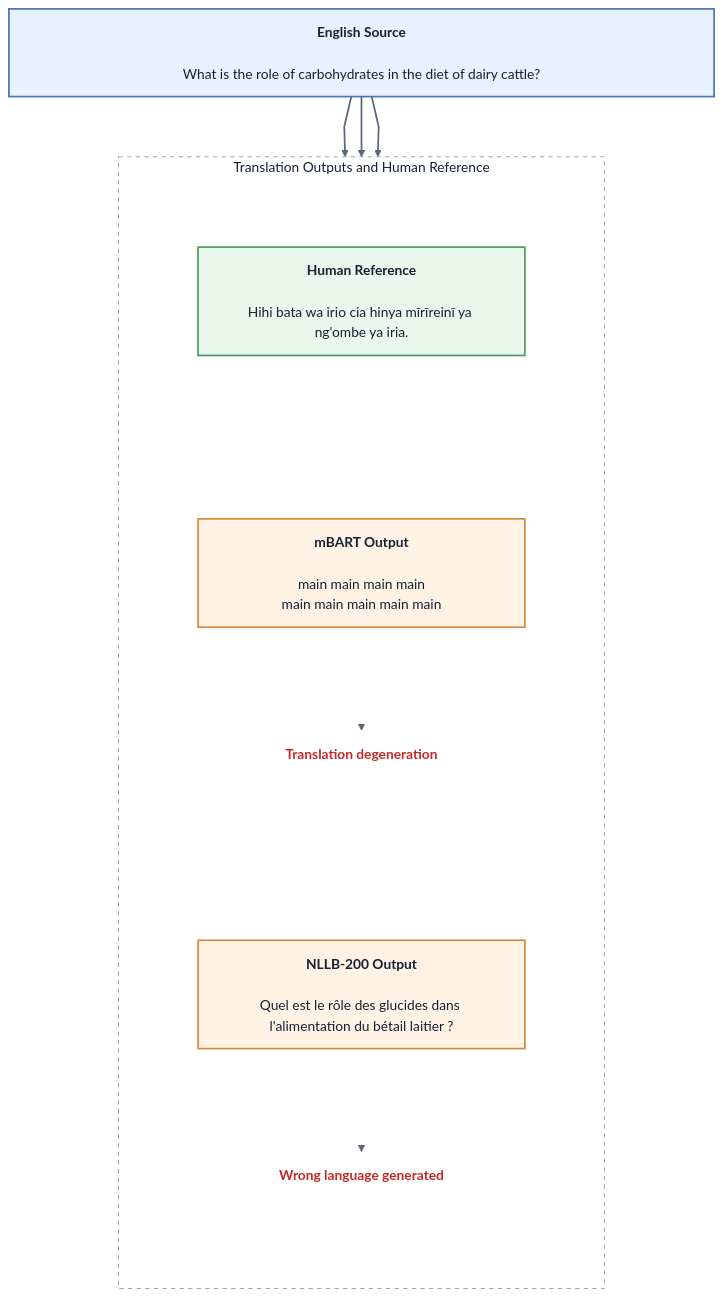
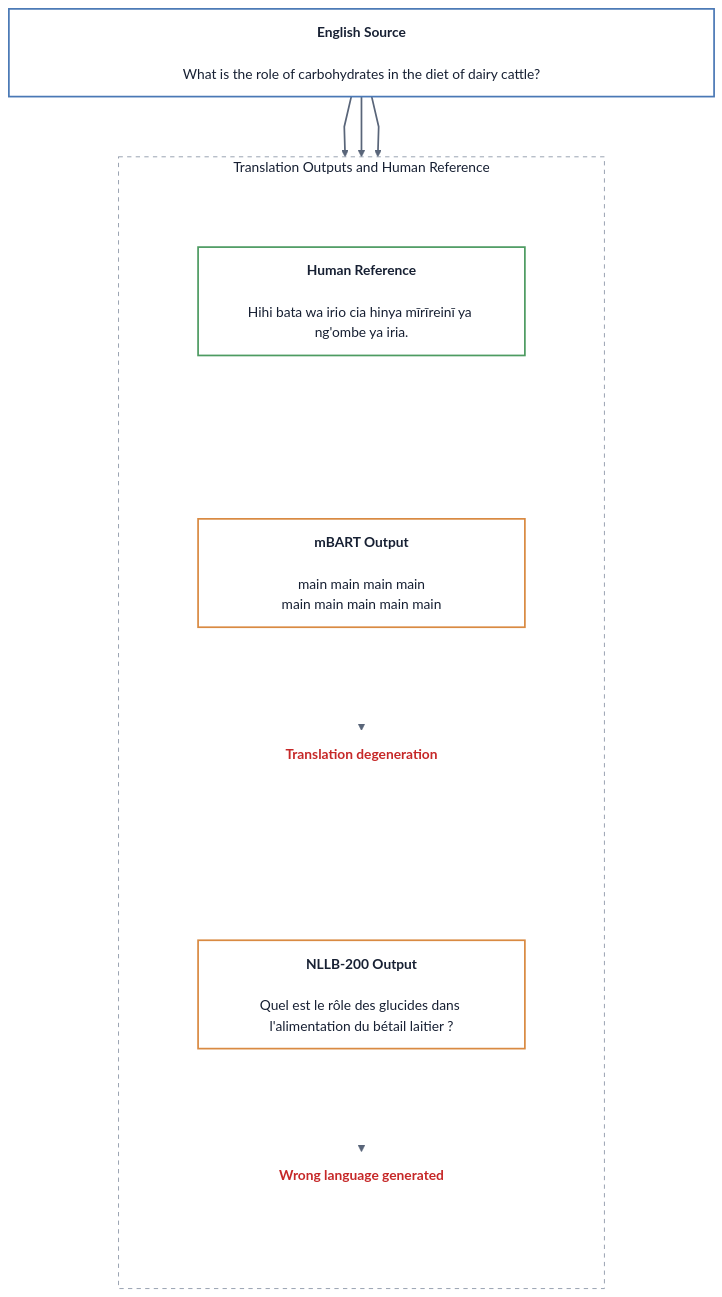
Before and after one commit to dabinotek/GradioDemo: the diagram in intuition_1.md, drawn with Mermaid. The commit also changed other lines of this file, not shown here.

Commit message:
Set white background for intuition Mermaid diagram

````diff
--- a/intuition_1.md
+++ b/intuition_1.md
@@ -5,48 +5,48 @@
 ```mermaid
-%%{init: {"theme":"base","flowchart":{"htmlLabels":true,"curve":"linear","nodeSpacing":70,"rankSpacing":70},"themeVariables":{"fontSize":"16px","primaryTextColor":"#172033","lineColor":"#596579"}}}%%
+%%{init: {"theme":"base","themeVariables":{"background":"#ffffff","mainBkg":"#ffffff","primaryColor":"#ffffff","primaryTextColor":"#172033","lineColor":"#596579","fontSize":"16px"},"flowchart":{"htmlLabels":true,"curve":"linear","nodeSpacing":70,"rankSpacing":70}}}%%
 flowchart TB
     SOURCE["<div style='width:760px;text-align:center'><b>English Source</b><br/><br/>What is the role of carbohydrates in the diet of dairy cattle?</div>"]
 
     subgraph COMPARISON["Translation Outputs and Human Reference"]
         direction LR
 
         subgraph NLLB_COL[" "]
             direction TB
             NLLB["<div style='width:320px;text-align:center'><b>NLLB-200 Output</b><br/><br/>Quel est le rôle des glucides dans l'alimentation du bétail laitier ?</div>"]
             NLLB_NOTE["<div style='width:320px;text-align:center;color:#c62828'><b>Wrong language generated</b></div>"]
             NLLB --> NLLB_NOTE
         end
 
         subgraph MBART_COL[" "]
             direction TB
             MBART["<div style='width:320px;text-align:center'><b>mBART Output</b><br/><br/>main main main main<br/>main main main main main</div>"]
             MBART_NOTE["<div style='width:320px;text-align:center;color:#c62828'><b>Translation degeneration</b></div>"]
             MBART --> MBART_NOTE
         end
 
         subgraph HUMAN_COL[" "]
             direction TB
             HUMAN["<div style='width:320px;text-align:center'><b>Human Reference</b><br/><br/>Hihi bata wa irio cia hinya mīrīreinī ya ng'ombe ya iria.</div>"]
         end
     end
 
     SOURCE --> NLLB
     SOURCE --> MBART
     SOURCE --> HUMAN
 
-    classDef source fill:#e8f1ff,stroke:#4a78b5,color:#172033,stroke-width:2px;
-    classDef model fill:#fff3e6,stroke:#d98a42,color:#172033,stroke-width:2px;
-    classDef reference fill:#eaf7ed,stroke:#4d9b61,color:#172033,stroke-width:2px;
-    classDef observation fill:transparent,stroke:transparent,color:#c62828,stroke-width:0px;
+    classDef source fill:#ffffff,stroke:#4a78b5,color:#172033,stroke-width:2px;
+    classDef model fill:#ffffff,stroke:#d98a42,color:#172033,stroke-width:2px;
+    classDef reference fill:#ffffff,stroke:#4d9b61,color:#172033,stroke-width:2px;
+    classDef observation fill:#ffffff,stroke:transparent,color:#c62828,stroke-width:0px;
 
     class SOURCE source;
     class NLLB,MBART model;
     class HUMAN reference;
     class NLLB_NOTE,MBART_NOTE observation;
-    style COMPARISON fill:transparent,stroke:#8a94a6,color:#172033,stroke-dasharray:5 5
-    style NLLB_COL fill:transparent,stroke:transparent
-    style MBART_COL fill:transparent,stroke:transparent
-    style HUMAN_COL fill:transparent,stroke:transparent
+    style COMPARISON fill:#ffffff,stroke:#8a94a6,color:#172033,stroke-dasharray:5 5
+    style NLLB_COL fill:#ffffff,stroke:transparent
+    style MBART_COL fill:#ffffff,stroke:transparent
+    style HUMAN_COL fill:#ffffff,stroke:transparent
     linkStyle default stroke:#596579,stroke-width:2px
     linkStyle 0,1 stroke:transparent,stroke-width:0px
 ```
````
